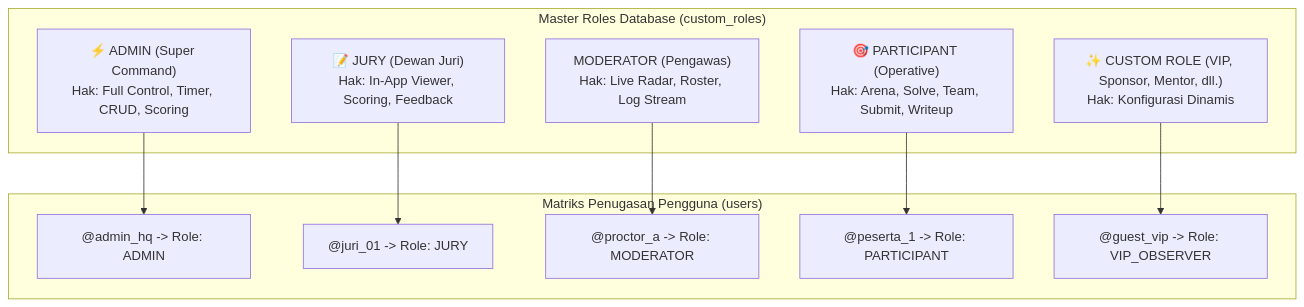
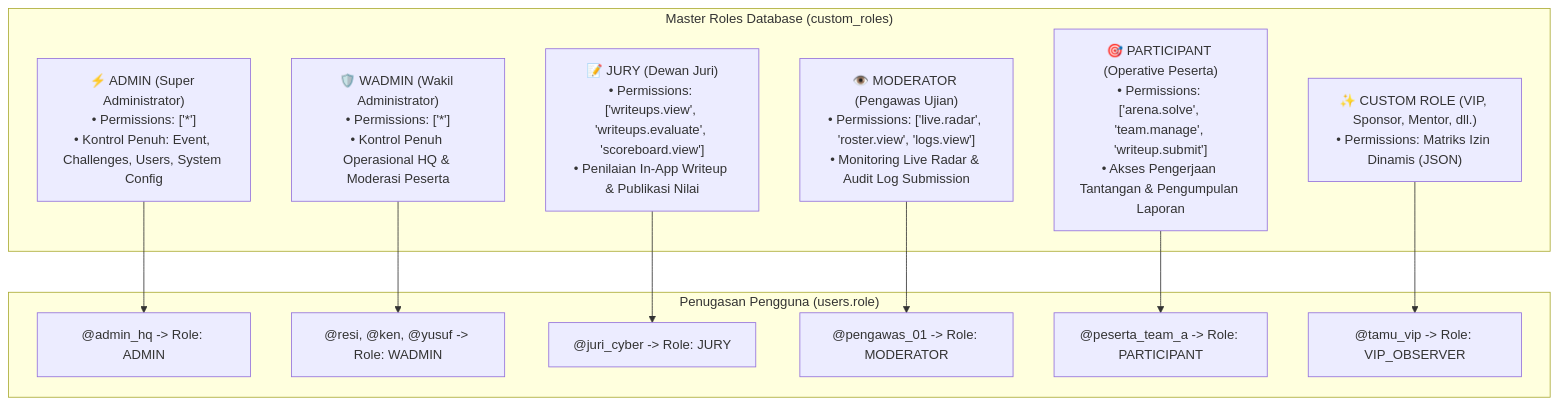
One commit to irizkyw/riseranger2-incident-response changed the seventh of 8 diagrams in README.md. Above: the diagram before and after it, drawn with Mermaid. The commit also changed other lines of this file, not shown here.

````diff
--- a/README.md
+++ b/README.md
@@ -293,24 +378,27 @@
 ```mermaid
 graph TB
-    subgraph ROLES_SCHEMA["Master Roles Database (custom_roles)"]
-        R1["⚡ ADMIN (Super Command)<br/>Hak: Full Control, Timer, CRUD, Scoring"]
-        R2["📝 JURY (Dewan Juri)<br/>Hak: In-App Viewer, Scoring, Feedback"]
-        R3[" MODERATOR (Pengawas)<br/>Hak: Live Radar, Roster, Log Stream"]
-        R4["🎯 PARTICIPANT (Operative)<br/>Hak: Arena, Solve, Team, Submit, Writeup"]
-        R5["✨ CUSTOM ROLE (VIP, Sponsor, Mentor, dll.)<br/>Hak: Konfigurasi Dinamis"]
+    subgraph SYSTEM_ROLES["Master Roles Database (custom_roles)"]
+        R1["⚡ ADMIN (Super Administrator)<br/>• Permissions: ['*']<br/>• Kontrol Penuh: Event, Challenges, Users, System Config"]
+        R2["🛡️ WADMIN (Wakil Administrator)<br/>• Permissions: ['*']<br/>• Kontrol Penuh Operasional HQ & Moderasi Peserta"]
+        R3["📝 JURY (Dewan Juri)<br/>• Permissions: ['writeups.view', 'writeups.evaluate', 'scoreboard.view']<br/>• Penilaian In-App Writeup & Publikasi Nilai"]
+        R4["👁️ MODERATOR (Pengawas Ujian)<br/>• Permissions: ['live.radar', 'roster.view', 'logs.view']<br/>• Monitoring Live Radar & Audit Log Submission"]
+        R5["🎯 PARTICIPANT (Operative Peserta)<br/>• Permissions: ['arena.solve', 'team.manage', 'writeup.submit']<br/>• Akses Pengerjaan Tantangan & Pengumpulan Laporan"]
+        R6["✨ CUSTOM ROLE (VIP, Sponsor, Mentor, dll.)<br/>• Permissions: Matriks Izin Dinamis (JSON)"]
     end
 
-    subgraph USERS_ASSIGNMENT["Matriks Penugasan Pengguna (users)"]
+    subgraph USERS_ASSIGNMENT["Penugasan Pengguna (users.role)"]
         U1["@admin_hq -> Role: ADMIN"]
-        U2["@juri_01 -> Role: JURY"]
-        U3["@proctor_a -> Role: MODERATOR"]
-        U4["@peserta_1 -> Role: PARTICIPANT"]
-        U5["@guest_vip -> Role: VIP_OBSERVER"]
+        U2["@resi, @ken, @yusuf -> Role: WADMIN"]
+        U3["@juri_cyber -> Role: JURY"]
+        U4["@pengawas_01 -> Role: MODERATOR"]
+        U5["@peserta_team_a -> Role: PARTICIPANT"]
+        U6["@tamu_vip -> Role: VIP_OBSERVER"]
     end
 
     R1 --> U1
     R2 --> U2
     R3 --> U3
     R4 --> U4
     R5 --> U5
+    R6 --> U6
 ```
````
